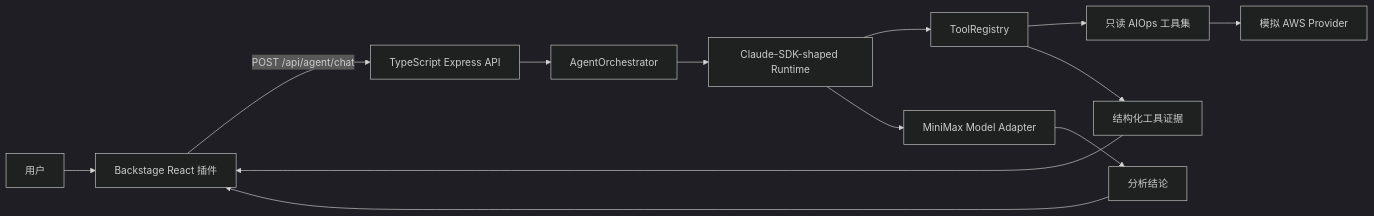
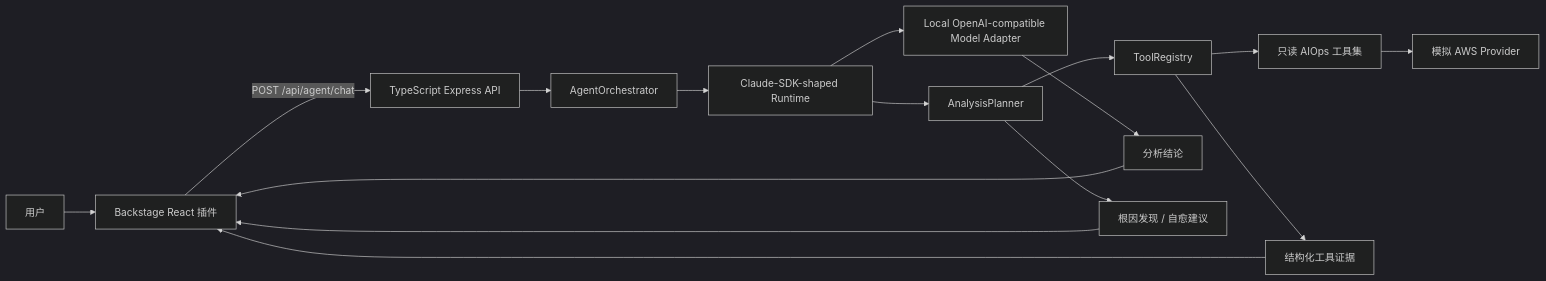
One commit to chunxili/aiops changed the first of 10 diagrams in README.md. Above: the diagram before and after it, drawn with Mermaid (dark theme). The commit also changed other lines of this file and 7 other files, not shown here.

Commit message:
Add dynamic analysis planner and local model adapter

````diff
--- a/README.md
+++ b/README.md
@@ -15,15 +15,18 @@
 ```mermaid
 flowchart LR
   User["用户"] --> UI["Backstage React 插件"]
   UI -->|POST /api/agent/chat| API["TypeScript Express API"]
   API --> Orchestrator["AgentOrchestrator"]
   Orchestrator --> Runtime["Claude-SDK-shaped Runtime"]
-  Runtime --> Registry["ToolRegistry"]
+  Runtime --> Planner["AnalysisPlanner"]
+  Planner --> Registry["ToolRegistry"]
   Registry --> Tools["只读 AIOps 工具集"]
   Tools --> AWS["模拟 AWS Provider"]
-  Runtime --> Model["MiniMax Model Adapter"]
+  Runtime --> Model["Local OpenAI-compatible Model Adapter"]
   Model --> Answer["分析结论"]
+  Planner --> Findings["根因发现 / 自愈建议"]
   Registry --> Evidence["结构化工具证据"]
   Answer --> UI
   Evidence --> UI
+  Findings --> UI
 ```
````
